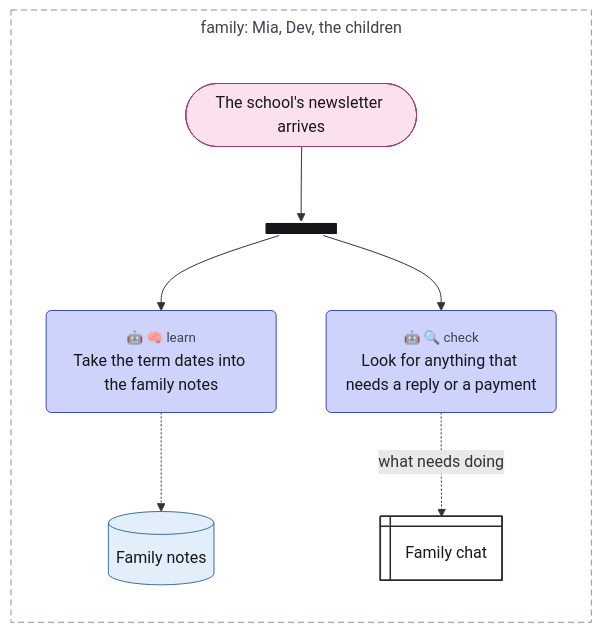
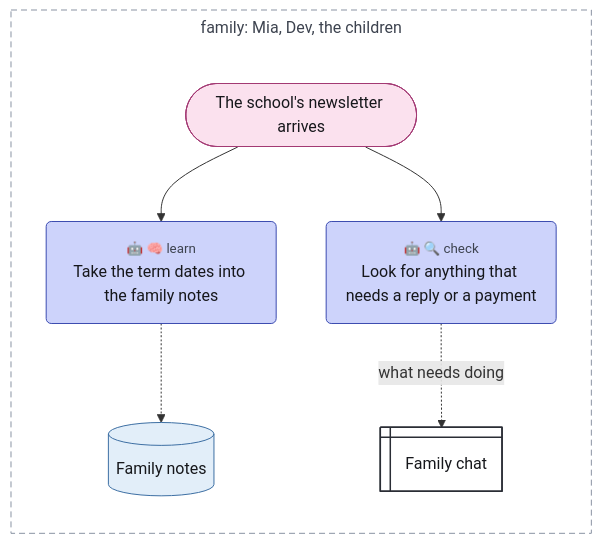
One commit to chrismdp/awml changed the diagram in examples/tour/02-fork.mmd. Above: the diagram before and after it, drawn with Mermaid. The commit also changed 72 other files, not shown here.

```diff
--- a/examples/tour/02-fork.mmd
+++ b/examples/tour/02-fork.mmd
@@ -1,42 +1,38 @@
 ---
 config:
   theme: default
   fontFamily: Inter, sans-serif
   flowchart:
     useMaxWidth: false
     subGraphTitleMargin:
       top: 6
       bottom: 30
 ---
 flowchart TB
   subgraph family["family#58; Mia#44; Dev#44; the children"]
     direction TB
     arrives(["The school#39;s newsletter arrives"])
-    split@{ shape: fork, label: "" }
     learn("<small style='color:rgb(61,67,79)'>🤖 🧠 learn</small><br>Take the term dates into the family notes")
     notes[("Family notes")]
     due("<small style='color:rgb(61,67,79)'>🤖 🔍 check</small><br>Look for anything that needs a reply or a payment")
     chat@{ shape: win-pane, label: "Family chat" }
   end
 
-  arrives --> split
-  split --> learn
-  split --> due
+  arrives --> learn
+  arrives --> due
   learn -.-> notes
   due -.->|"what needs doing"| chat
   classDef trig fill:#fbe1ee,stroke:#a33a74,color:#16171b
   classDef ctx fill:#e2eef9,stroke:#3d6fa3,color:#16171b
   classDef con fill:#eceef2,stroke:#5d6472,color:#16171b
   classDef surf fill:#ffffff,stroke:#2a2d35,stroke-width:1.5px,color:#16171b
   classDef out fill:#fde4dc,stroke:#b5532f,color:#16171b
   classDef ai fill:#cdd3fb,stroke:#3b4bb0,color:#16171b
   classDef code fill:#c4e3d1,stroke:#2b7a4f,color:#16171b
   classDef person fill:#f7d79a,stroke:#9a6100,color:#16171b
-  classDef uml fill:#16171b,stroke:#16171b,color:#16171b
   classDef gap fill:#ffffff,stroke:#8a93a3,stroke-dasharray:4 3,color:#6b7280
   class arrives trig
   class notes ctx
   class chat surf
   class learn,due ai
-  class split uml
   style family fill:transparent,stroke:#8a93a3,stroke-dasharray:6 4,color:#3d434f
```
